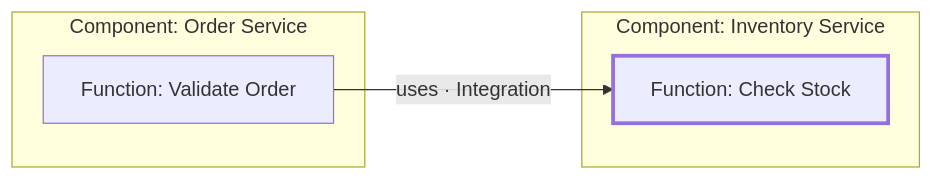
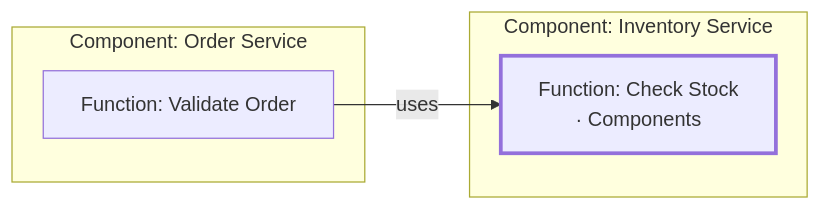
Before and after one commit to mykhailo-kulish/contour: the eighth of 8 diagrams in contour.md, drawn with Mermaid. The commit also changed other lines of this file, not shown here.

````diff
--- a/contour.md
+++ b/contour.md
@@ -923,11 +1033,11 @@
 ```mermaid
 graph LR
     subgraph OrderSvc [Component: Order Service]
         ValidateOrder[Function: Validate Order]
     end
     subgraph Inventory [Component: Inventory Service]
-        CheckStock[Function: Check Stock]:::ext
+        CheckStock["Function: Check Stock<br/>· Components"]:::ext
     end
-    ValidateOrder -->|uses · Integration| CheckStock
+    ValidateOrder -->|uses| CheckStock
     classDef ext stroke-width:3px
 ```
````
